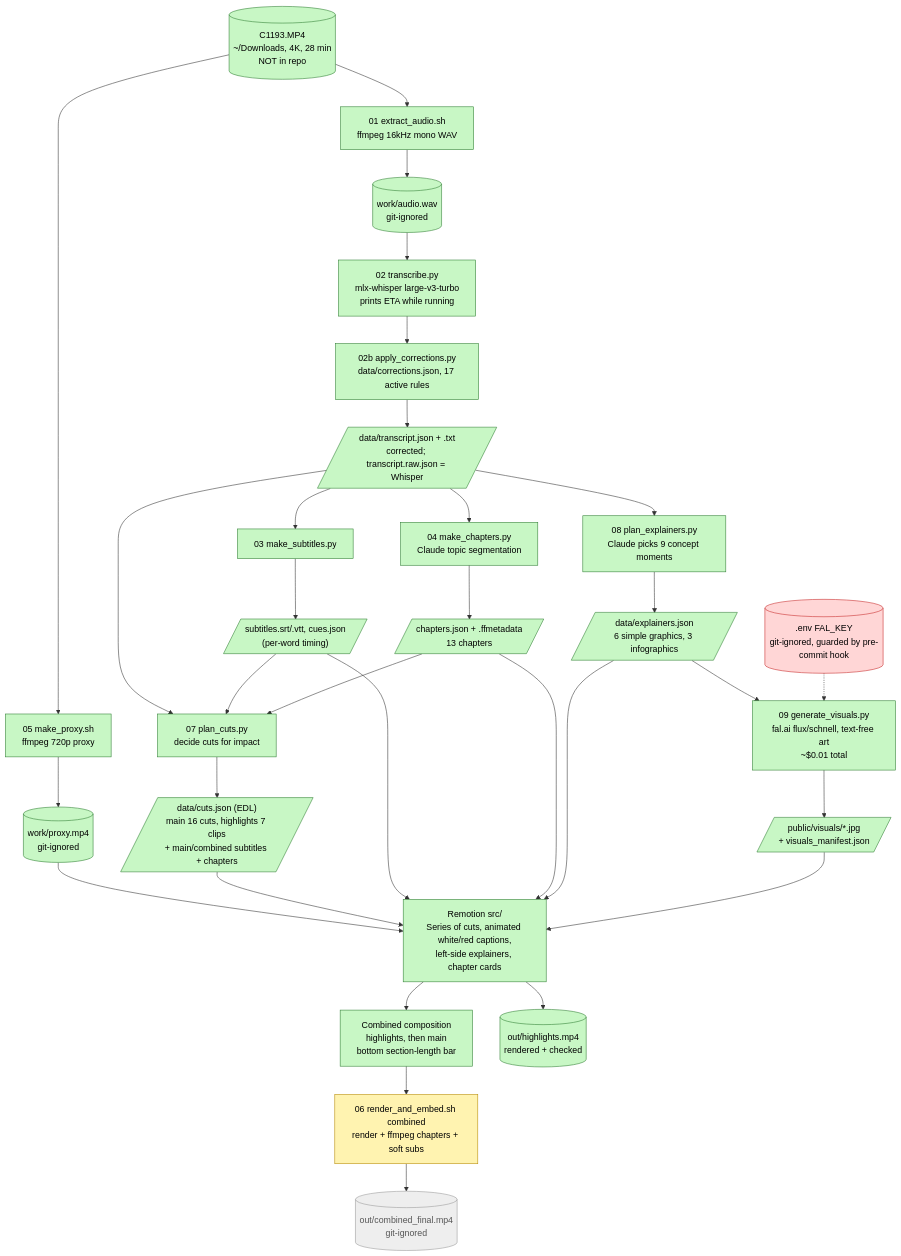
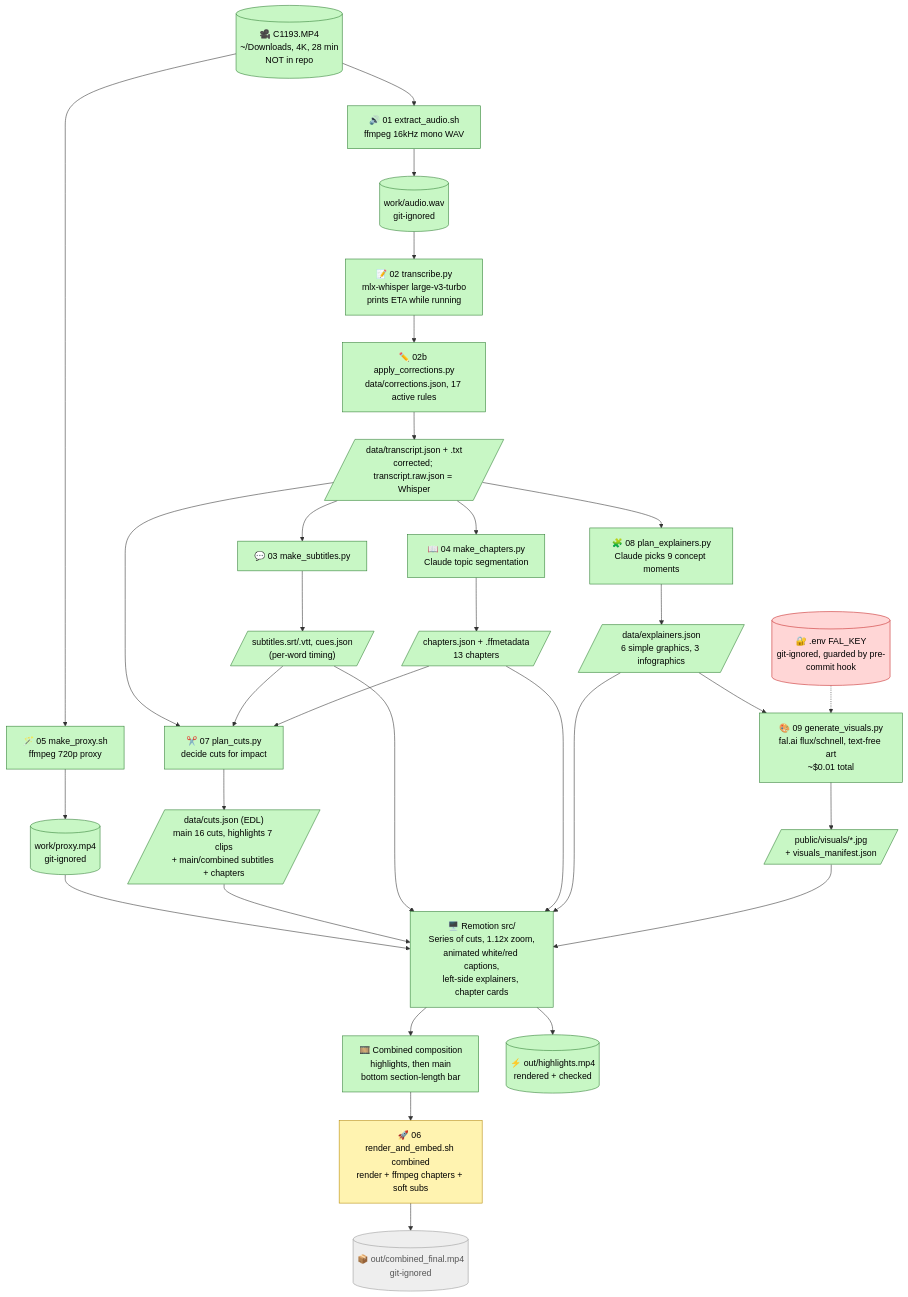
Before and after one commit to rifaterdemsahin/2026-W46_Delivery_Pilot_Interview: the diagram in README.md, drawn with Mermaid. The commit also changed other lines of this file, not shown here.

Commit message:
Refresh README with emojis, status table, compositions, explainers and repo map

````diff
--- a/README.md
+++ b/README.md
@@ -13,54 +31,54 @@
 ```mermaid
 flowchart TD
-    SRC[("C1193.MP4<br/>~/Downloads, 4K, 28 min<br/>NOT in repo")]:::done
-    S1["01 extract_audio.sh<br/>ffmpeg 16kHz mono WAV"]:::done
+    SRC[("🎥 C1193.MP4<br/>~/Downloads, 4K, 28 min<br/>NOT in repo")]:::done
+    S1["🔊 01 extract_audio.sh<br/>ffmpeg 16kHz mono WAV"]:::done
     WAV[("work/audio.wav<br/>git-ignored")]:::done
-    S2["02 transcribe.py<br/>mlx-whisper large-v3-turbo<br/>prints ETA while running"]:::done
-    FIX["02b apply_corrections.py<br/>data/corrections.json, 17 active rules"]:::done
+    S2["📝 02 transcribe.py<br/>mlx-whisper large-v3-turbo<br/>prints ETA while running"]:::done
+    FIX["✏️ 02b apply_corrections.py<br/>data/corrections.json, 17 active rules"]:::done
     TJ[/"data/transcript.json + .txt<br/>corrected; transcript.raw.json = Whisper"/]:::done
-    S3["03 make_subtitles.py"]:::done
+    S3["💬 03 make_subtitles.py"]:::done
     SUB[/"subtitles.srt/.vtt, cues.json<br/>(per-word timing)"/]:::done
-    S4["04 make_chapters.py<br/>Claude topic segmentation"]:::done
+    S4["📖 04 make_chapters.py<br/>Claude topic segmentation"]:::done
     CH[/"chapters.json + .ffmetadata<br/>13 chapters"/]:::done
-    S7["07 plan_cuts.py<br/>decide cuts for impact"]:::done
+    S7["✂️ 07 plan_cuts.py<br/>decide cuts for impact"]:::done
     EDL[/"data/cuts.json (EDL)<br/>main 16 cuts, highlights 7 clips<br/>+ main/combined subtitles + chapters"/]:::done
-    S8["08 plan_explainers.py<br/>Claude picks 9 concept moments"]:::done
+    S8["🧩 08 plan_explainers.py<br/>Claude picks 9 concept moments"]:::done
     EXP[/"data/explainers.json<br/>6 simple graphics, 3 infographics"/]:::done
-    ENV[(".env FAL_KEY<br/>git-ignored, guarded by pre-commit hook")]:::secret
-    S9["09 generate_visuals.py<br/>fal.ai flux/schnell, text-free art<br/>~$0.01 total"]:::done
+    ENV[("🔐 .env FAL_KEY<br/>git-ignored, guarded by pre-commit hook")]:::secret
+    S9["🎨 09 generate_visuals.py<br/>fal.ai flux/schnell, text-free art<br/>~$0.01 total"]:::done
     IMG[/"public/visuals/*.jpg<br/>+ visuals_manifest.json"/]:::done
-    S5["05 make_proxy.sh<br/>ffmpeg 720p proxy"]:::done
+    S5["🪄 05 make_proxy.sh<br/>ffmpeg 720p proxy"]:::done
     PX[("work/proxy.mp4<br/>git-ignored")]:::done
-    RM["Remotion src/<br/>Series of cuts, animated white/red captions,<br/>left-side explainers, chapter cards"]:::done
-    COMB["Combined composition<br/>highlights, then main<br/>bottom section-length bar"]:::done
-    HL[("out/highlights.mp4<br/>rendered + checked")]:::done
-    S6["06 render_and_embed.sh combined<br/>render + ffmpeg chapters + soft subs"]:::wip
-    OUT[("out/combined_final.mp4<br/>git-ignored")]:::todo
+    RM["🖥️ Remotion src/<br/>Series of cuts, 1.12x zoom,<br/>animated white/red captions,<br/>left-side explainers, chapter cards"]:::done
+    COMB["🎞️ Combined composition<br/>highlights, then main<br/>bottom section-length bar"]:::done
+    HL[("⚡ out/highlights.mp4<br/>rendered + checked")]:::done
+    S6["🚀 06 render_and_embed.sh combined<br/>render + ffmpeg chapters + soft subs"]:::wip
+    OUT[("📦 out/combined_final.mp4<br/>git-ignored")]:::todo
 
     SRC --> S1 --> WAV --> S2 --> FIX --> TJ
     TJ --> S3 --> SUB
     TJ --> S4 --> CH
     TJ --> S7
     SUB --> S7
     CH --> S7
     S7 --> EDL
     TJ --> S8 --> EXP
     EXP --> S9
     ENV -.-> S9
     S9 --> IMG
     SRC --> S5 --> PX
     PX --> RM
     EDL --> RM
     SUB --> RM
     CH --> RM
     EXP --> RM
     IMG --> RM
     RM --> COMB
     RM --> HL
     COMB --> S6 --> OUT
 
     classDef done fill:#c8f7c5,stroke:#2e7d32,color:#000
     classDef wip fill:#fff3b0,stroke:#b58900,color:#000
     classDef todo fill:#eee,stroke:#999,color:#555
     classDef secret fill:#ffd6d6,stroke:#c62828,color:#000
 ```
````
